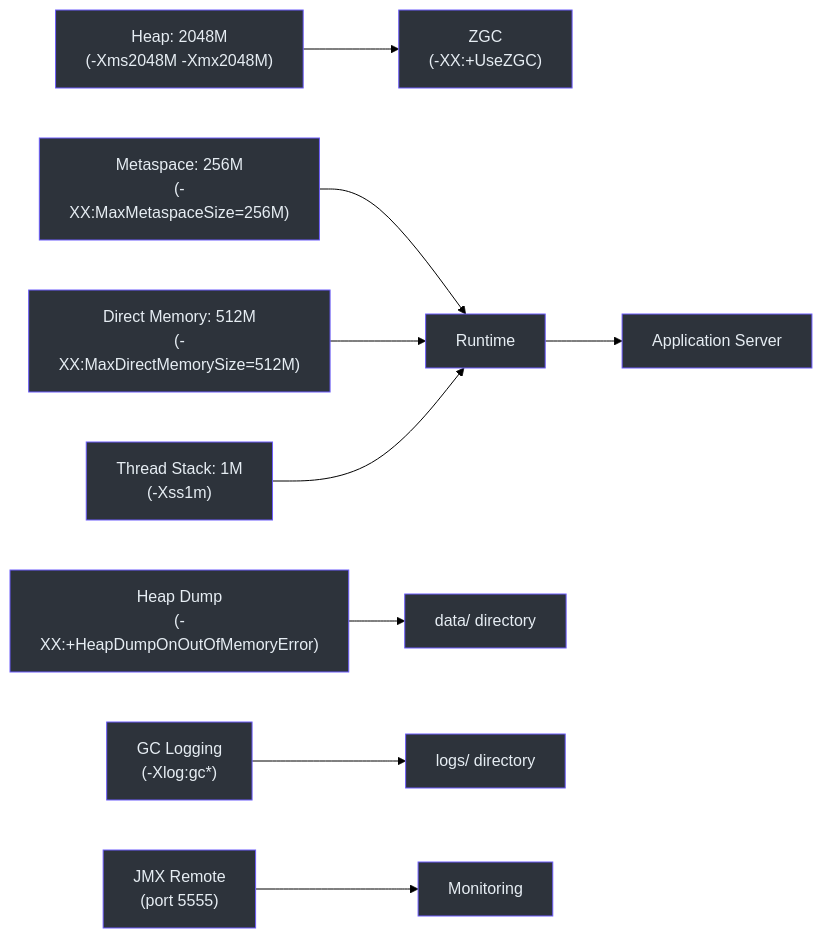
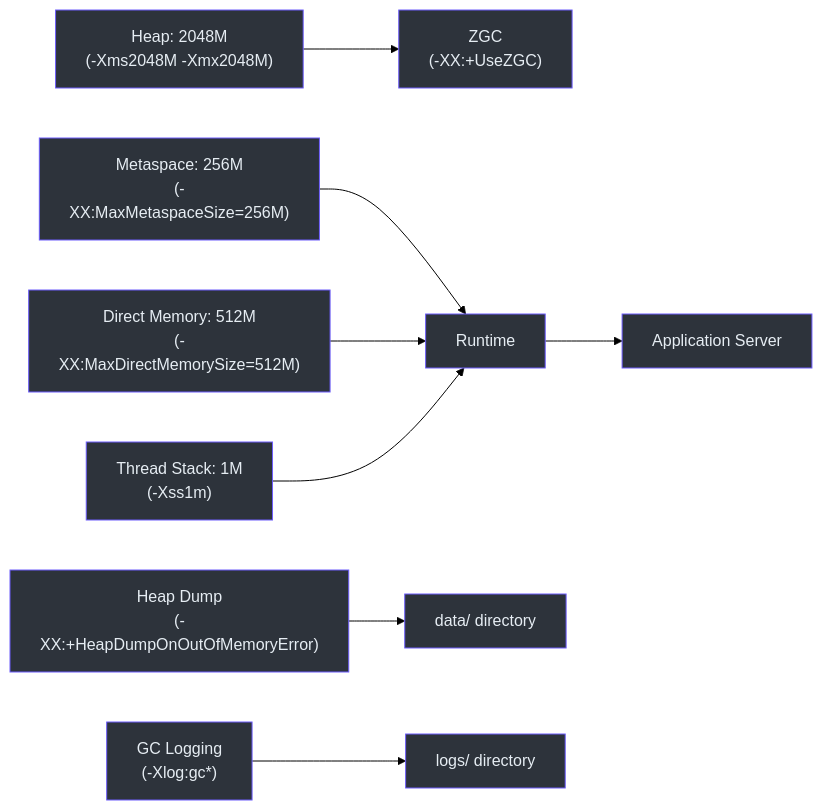
Before and after one commit to Ahoo-Wang/CoSec: the third of 4 diagrams in wiki/deep-dive/operations/deployment.md, drawn with Mermaid (forest theme). The commit also changed other lines of this file and 43 other files, not shown here.

````diff
--- a/wiki/deep-dive/operations/deployment.md
+++ b/wiki/deep-dive/operations/deployment.md
@@ -182,26 +182,23 @@
 ```mermaid
 graph LR
     A["Heap: 2048M<br>(-Xms2048M -Xmx2048M)"] --> B["ZGC<br>(-XX:+UseZGC)"]
     C["Metaspace: 256M<br>(-XX:MaxMetaspaceSize=256M)"] --> D["Runtime"]
     E["Direct Memory: 512M<br>(-XX:MaxDirectMemorySize=512M)"] --> D
     F["Thread Stack: 1M<br>(-Xss1m)"] --> D
     G["Heap Dump<br>(-XX:+HeapDumpOnOutOfMemoryError)"] --> H["data/ directory"]
     I["GC Logging<br>(-Xlog:gc*)"] --> J["logs/ directory"]
-    K["JMX Remote<br>(port 5555)"] --> L["Monitoring"]
     D --> M["Application Server"]
 
     style A fill:#2d333b,stroke:#6d5dfc,color:#e6edf3
     style B fill:#2d333b,stroke:#6d5dfc,color:#e6edf3
     style C fill:#2d333b,stroke:#6d5dfc,color:#e6edf3
     style D fill:#2d333b,stroke:#6d5dfc,color:#e6edf3
     style E fill:#2d333b,stroke:#6d5dfc,color:#e6edf3
     style F fill:#2d333b,stroke:#6d5dfc,color:#e6edf3
     style G fill:#2d333b,stroke:#6d5dfc,color:#e6edf3
     style H fill:#2d333b,stroke:#6d5dfc,color:#e6edf3
     style I fill:#2d333b,stroke:#6d5dfc,color:#e6edf3
     style J fill:#2d333b,stroke:#6d5dfc,color:#e6edf3
-    style K fill:#2d333b,stroke:#6d5dfc,color:#e6edf3
-    style L fill:#2d333b,stroke:#6d5dfc,color:#e6edf3
     style M fill:#2d333b,stroke:#6d5dfc,color:#e6edf3
 
 ```
````
